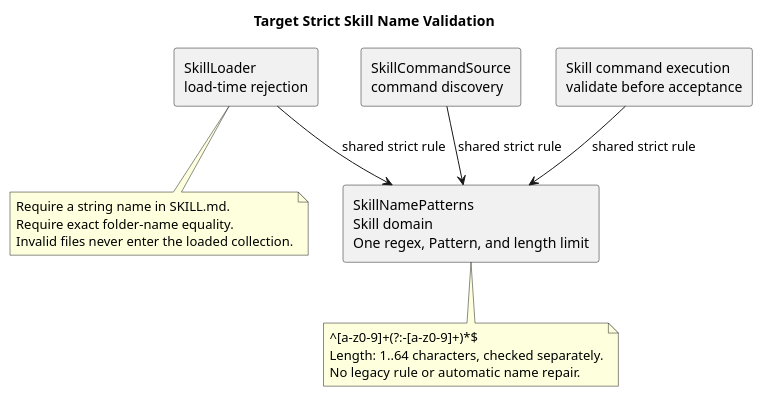
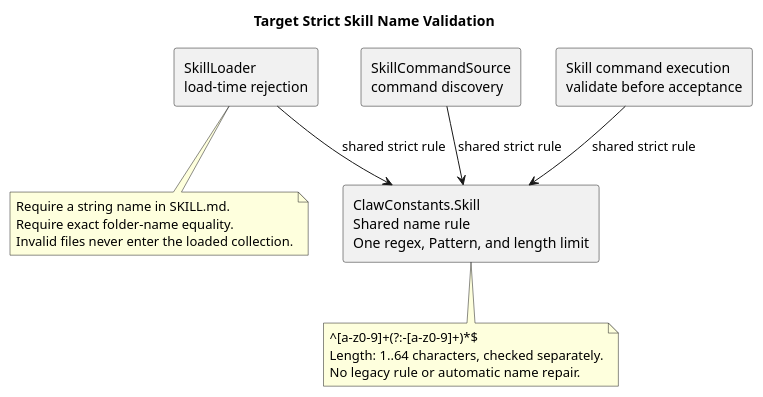
The second of 3 diagrams in 04-命令与技能/02-技能命令/设计图/diagram.puml (ssm0808/pi-mono-java-design), drawn with PlantUML before and after one commit. The commit also changed other lines of this file and 20 other files, not shown here.

```diff
--- a/04-命令与技能/02-技能命令/设计图/diagram.puml
+++ b/04-命令与技能/02-技能命令/设计图/diagram.puml
@@ -35,35 +35,35 @@
 @startuml skill_name_validation
 title Target Strict Skill Name Validation
 skinparam shadowing false
 skinparam componentStyle rectangle
 
-' Source evidence: pi-mono-java@0300541f modules/coding-agent-cli/src/main/java/com/campusclaw/codingagent/skill/SkillNamePatterns.java:15-49
-' Source evidence: pi-mono-java@0300541f modules/coding-agent-cli/src/main/java/com/campusclaw/codingagent/skill/SkillLoader.java:138-150
-' Source evidence: pi-mono-java@0300541f modules/coding-agent-cli/src/main/java/com/campusclaw/codingagent/runtimeapi/service/command/SkillCommandSource.java resolved
+' Source evidence: pi-mono-java@53eff85c modules/common/src/main/java/com/campusclaw/common/constant/ClawConstants.java Skill.isValidName.
+' Source evidence: pi-mono-java@53eff85c modules/coding-agent-cli/src/main/java/com/campusclaw/codingagent/skill/SkillLoader.java requireDeclaredName/validateName.
+' Source evidence: pi-mono-java@53eff85c modules/coding-agent-cli/src/main/java/com/campusclaw/codingagent/runtimeapi/service/command/skill/SkillCommandAdmission.java; SkillCommandExecutionService.java normalize.
 ' Source evidence: pi-mono@4af9d21d packages/coding-agent/src/core/skills.ts loadSkillFromFile:320-344
-' Observed behavior: Java loading uses LEGACY while command discovery uses STRICT; pi warns but still loads invalid names.
-' Pending implementation design: all consumers use one strict Skill-domain rule; remove LEGACY loading.
+' Observed behavior: Java Loader, discovery, admission and execution share the strict rule; the cited pi snapshot remains historical.
+' Observed behavior: missing names are rejected, exact folder-name equality is required, and LEGACY fallback is absent.
 ' Design reason: invalid names must not enter loaded Skills, model discovery, command catalogs, or execution.
 ' Product constraint and security hardening: invalid existing names require correction before loading.
 
 component "SkillLoader\nload-time rejection" as Loader
 component "SkillCommandSource\ncommand discovery" as Discovery
 component "Skill command execution\nvalidate before acceptance" as Execution
-component "SkillNamePatterns\nSkill domain\nOne regex, Pattern, and length limit" as Rules
+component "ClawConstants.Skill\nShared name rule\nOne regex, Pattern, and length limit" as Rules
 
 Loader --> Rules : shared strict rule
 Discovery --> Rules : shared strict rule
 Execution --> Rules : shared strict rule
 
 note bottom of Rules
 ^[a-z0-9]+(?:-[a-z0-9]+)*$
 Length: 1..64 characters, checked separately.
 No legacy rule or automatic name repair.
 end note
 
 note bottom of Loader
 Require a string name in SKILL.md.
 Require exact folder-name equality.
 Invalid files never enter the loaded collection.
 end note
 @enduml
```
